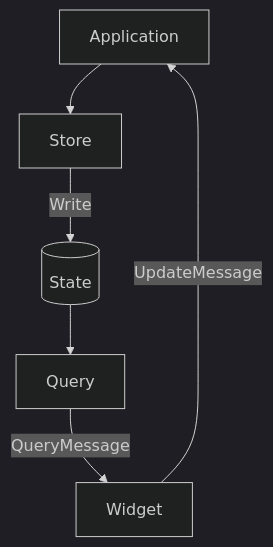
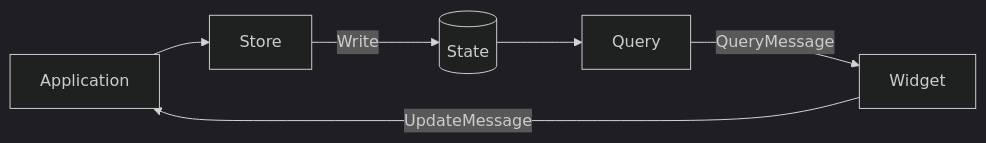
One commit to iced-rs/rfcs changed the first of 2 diagrams in text/0000-shared-widget-state.md. Above: the diagram before and after it, drawn with Mermaid (dark theme). The commit also changed other lines of this file, not shown here.

Commit message:
keyboard events example cleanup

````diff
--- a/text/0000-shared-widget-state.md
+++ b/text/0000-shared-widget-state.md
@@ -39,8 +39,8 @@
 ```mermaid
-  graph TD;
+  graph LR;
     Application-->Store;
     Store--Write-->State[(State)];
     Query--QueryMessage-->Widget
     Widget--UpdateMessage-->Application;
     State-->Query;
 ```
````
